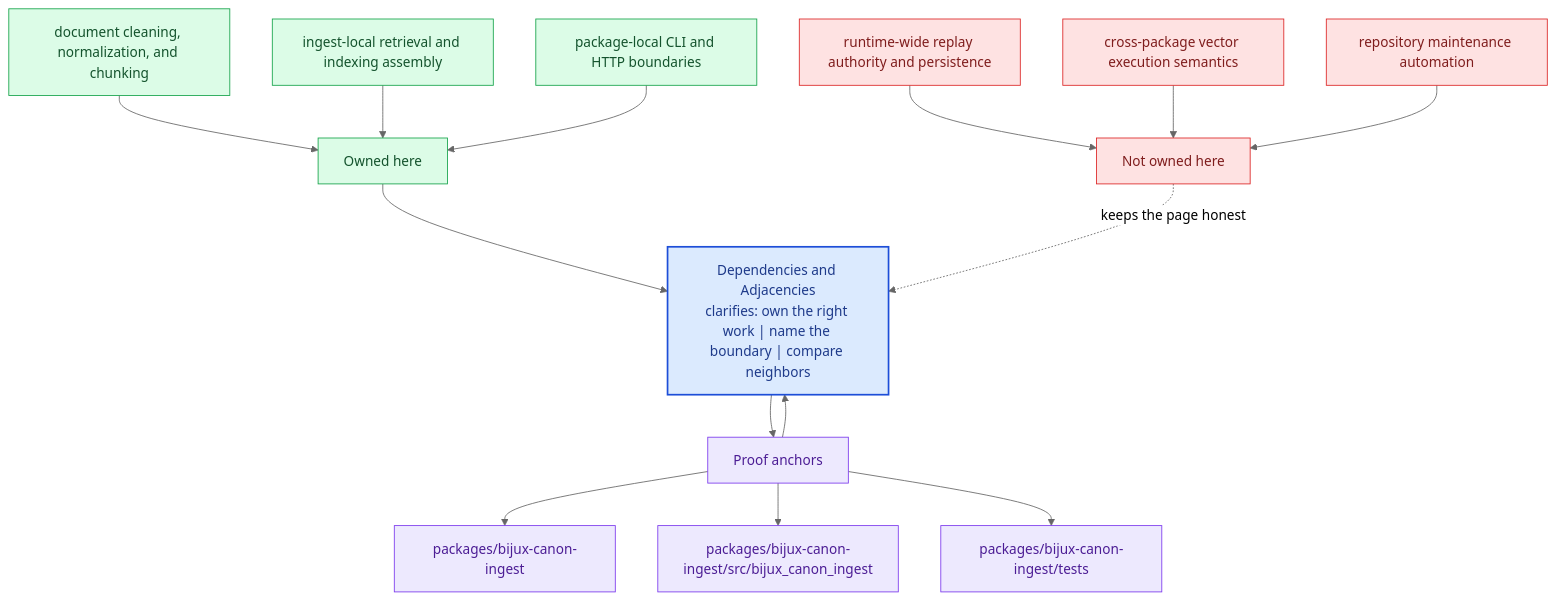
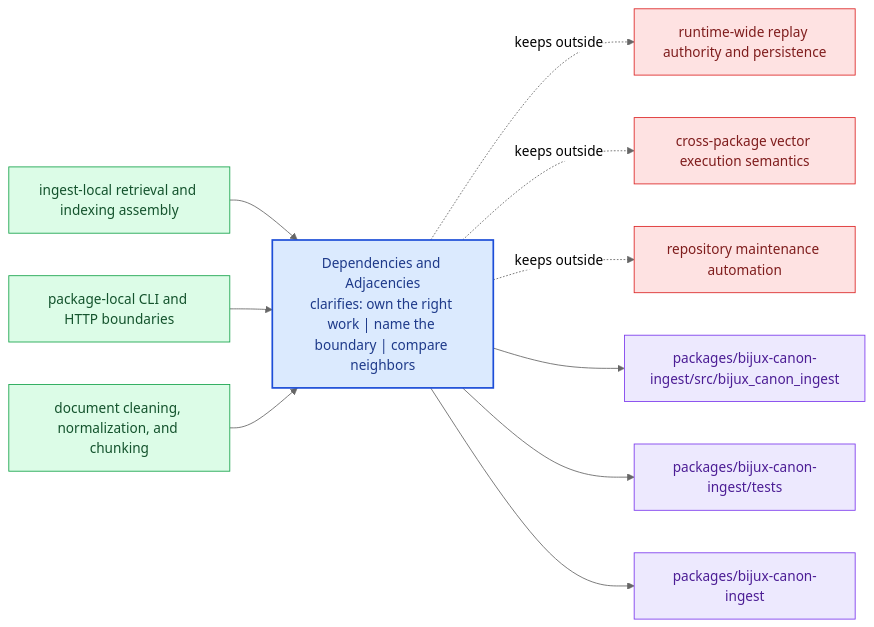
Before and after one commit to bijux/bijux-canon: the diagram in docs/bijux-canon-ingest/foundation/dependencies-and-adjacencies.md, drawn with Mermaid (neutral theme). The commit also changed other lines of this file and 281 other files, not shown here.

Commit message:
docs(diagrams): replace repeated mermaid scaffolds with page-specific summaries

````diff
--- a/docs/bijux-canon-ingest/foundation/dependencies-and-adjacencies.md
+++ b/docs/bijux-canon-ingest/foundation/dependencies-and-adjacencies.md
@@ -69,40 +24,31 @@
 ```mermaid
-flowchart TB
-    promise["Dependencies and Adjacencies<br/>clarifies: own the right work | name the boundary | compare neighbors"]
-    classDef promise fill:#dbeafe,stroke:#1d4ed8,color:#1e3a8a,stroke-width:2px;
-    classDef driver fill:#dcfce7,stroke:#16a34a,color:#14532d;
-    classDef constraint fill:#fee2e2,stroke:#dc2626,color:#7f1d1d;
-    classDef ground fill:#ede9fe,stroke:#7c3aed,color:#4c1d95;
-    focus1["Owned here"]
-    focus1 --> promise
-    focus1_1["document cleaning, normalization, and chunking"]
-    focus1_1 --> focus1
-    focus1_2["ingest-local retrieval and indexing assembly"]
-    focus1_2 --> focus1
-    focus1_3["package-local CLI and HTTP boundaries"]
-    focus1_3 --> focus1
-    class focus1 driver;
-    class focus1_1,focus1_2,focus1_3 driver;
-    focus2["Not owned here"]
-    focus2 -.keeps the page honest.-> promise
-    focus2_1["runtime-wide replay authority and persistence"]
-    focus2_1 --> focus2
-    focus2_2["cross-package vector execution semantics"]
-    focus2_2 --> focus2
-    focus2_3["repository maintenance automation"]
-    focus2_3 --> focus2
-    class focus2 constraint;
-    class focus2_1,focus2_2,focus2_3 constraint;
-    focus3["Proof anchors"]
-    focus3 --> promise
-    promise --> focus3
-    focus3_1["packages/bijux-canon-ingest"]
-    focus3 --> focus3_1
-    focus3_2["packages/bijux-canon-ingest/src/bijux_canon_ingest"]
-    focus3 --> focus3_2
-    focus3_3["packages/bijux-canon-ingest/tests"]
-    focus3 --> focus3_3
-    class focus3 ground;
-    class focus3_1,focus3_2,focus3_3 ground;
-    class promise promise;
+flowchart LR
+    page["Dependencies and Adjacencies<br/>clarifies: own the right work | name the boundary | compare neighbors"]
+    classDef page fill:#dbeafe,stroke:#1d4ed8,color:#1e3a8a,stroke-width:2px;
+    classDef positive fill:#dcfce7,stroke:#16a34a,color:#14532d;
+    classDef caution fill:#fee2e2,stroke:#dc2626,color:#7f1d1d;
+    classDef anchor fill:#ede9fe,stroke:#7c3aed,color:#4c1d95;
+    classDef action fill:#fef3c7,stroke:#d97706,color:#7c2d12;
+    own1["ingest-local retrieval and indexing assembly"]
+    own1 --> page
+    own2["package-local CLI and HTTP boundaries"]
+    own2 --> page
+    own3["document cleaning, normalization, and chunking"]
+    own3 --> page
+    limit1["runtime-wide replay authority and persistence"]
+    page -.keeps outside.-> limit1
+    limit2["cross-package vector execution semantics"]
+    page -.keeps outside.-> limit2
+    limit3["repository maintenance automation"]
+    page -.keeps outside.-> limit3
+    anchor1["packages/bijux-canon-ingest/src/bijux_canon_ingest"]
+    page --> anchor1
+    anchor2["packages/bijux-canon-ingest/tests"]
+    page --> anchor2
+    anchor3["packages/bijux-canon-ingest"]
+    page --> anchor3
+    class page page;
+    class own1,own2,own3 positive;
+    class limit1,limit2,limit3 caution;
+    class anchor1,anchor2,anchor3 anchor;
 ```
````
